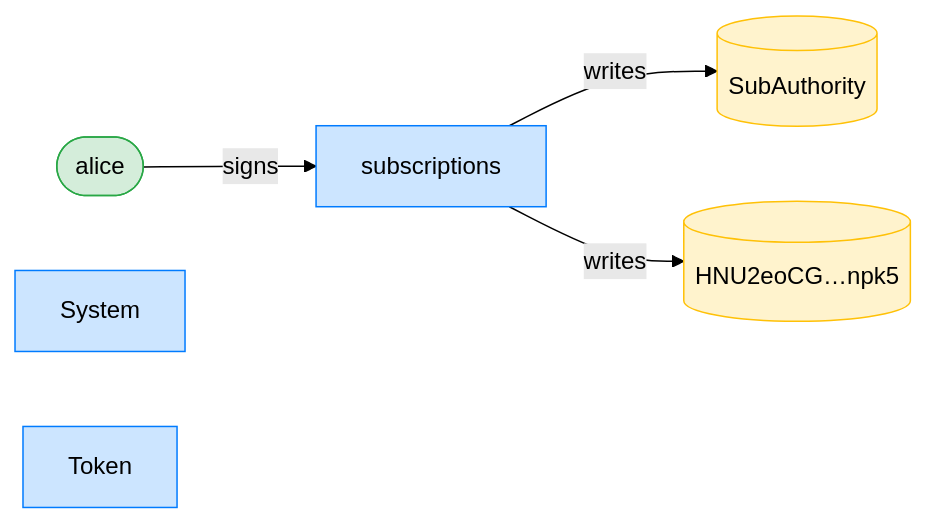
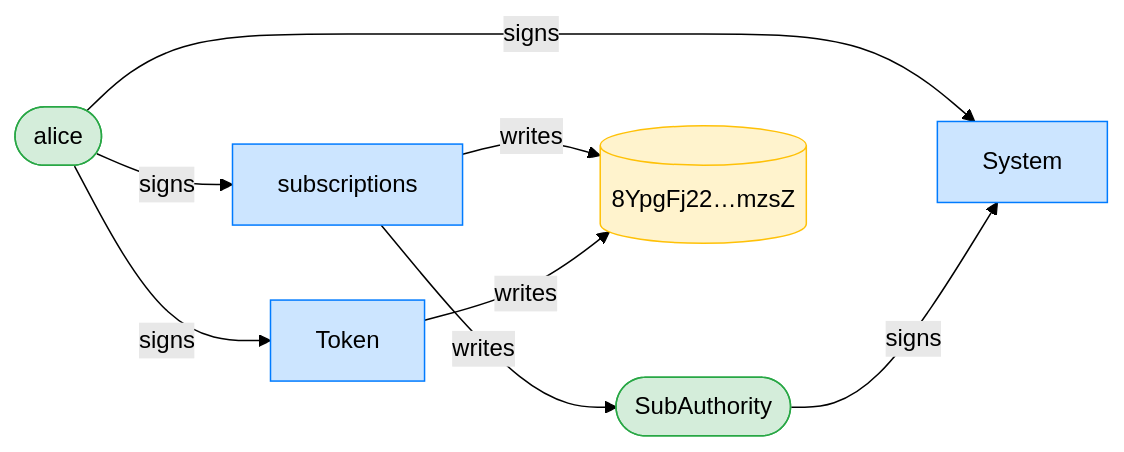
The third of 16 diagrams in dsl_tests/recurring-transfer-resets-the-allowance-each-period.md (cds-rs/subscriptions), drawn with Mermaid (forest theme) before and after one commit. The commit also changed other lines of this file and 224 other files, not shown here.

````diff
--- a/dsl_tests/recurring-transfer-resets-the-allowance-each-period.md
+++ b/dsl_tests/recurring-transfer-resets-the-allowance-each-period.md
@@ -55,15 +56,19 @@
 ```mermaid
 flowchart LR
     classDef signer fill:#d4edda,stroke:#28a745;
     classDef program fill:#cce5ff,stroke:#007bff;
     classDef writable fill:#fff3cd,stroke:#ffc107;
     subscriptions[subscriptions]:::program
     alice([alice]):::signer
-    SubAuthority[(SubAuthority)]:::writable
-    HNU2eoCG_npk5[("HNU2eoCG…npk5")]:::writable
+    SubAuthority([SubAuthority]):::signer
+    8YpgFj22_mzsZ[("8YpgFj22…mzsZ")]:::writable
     System[System]:::program
     Token[Token]:::program
     alice -->|signs| subscriptions
+    alice -->|signs| System
+    SubAuthority -->|signs| System
+    alice -->|signs| Token
     subscriptions -->|writes| SubAuthority
-    subscriptions -->|writes| HNU2eoCG_npk5
+    subscriptions -->|writes| 8YpgFj22_mzsZ
+    Token -->|writes| 8YpgFj22_mzsZ
 ```
````
